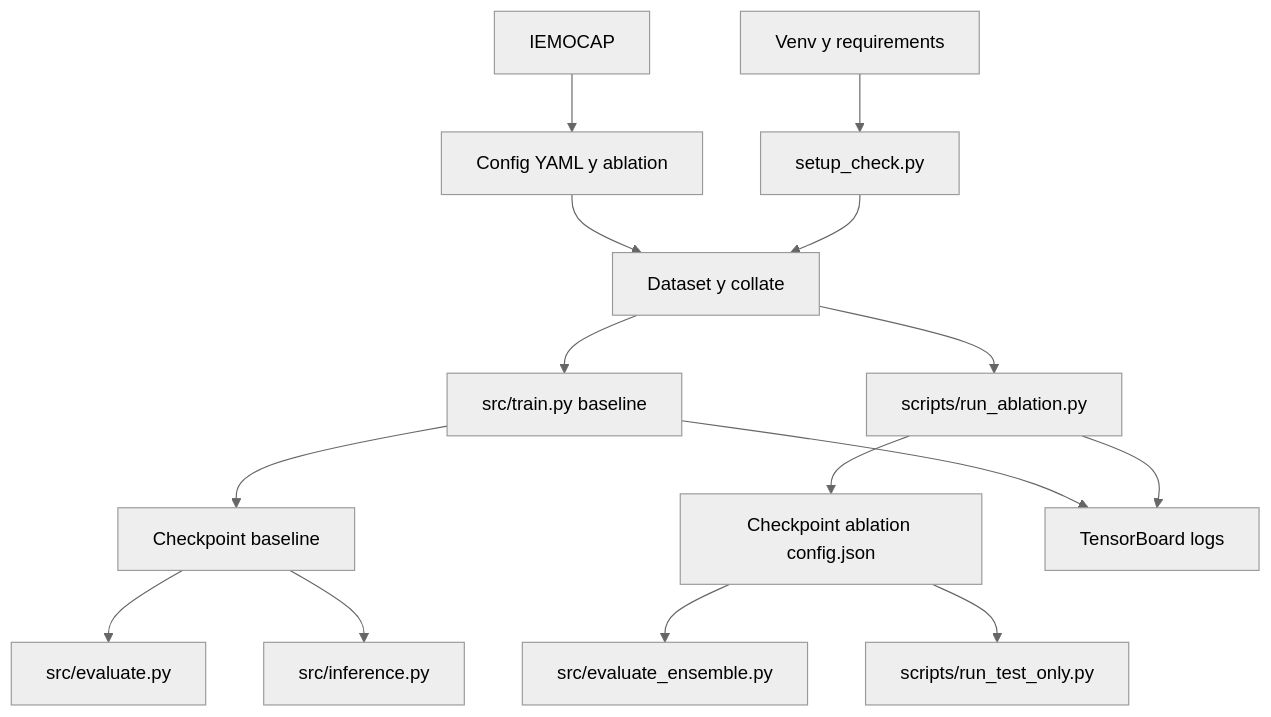
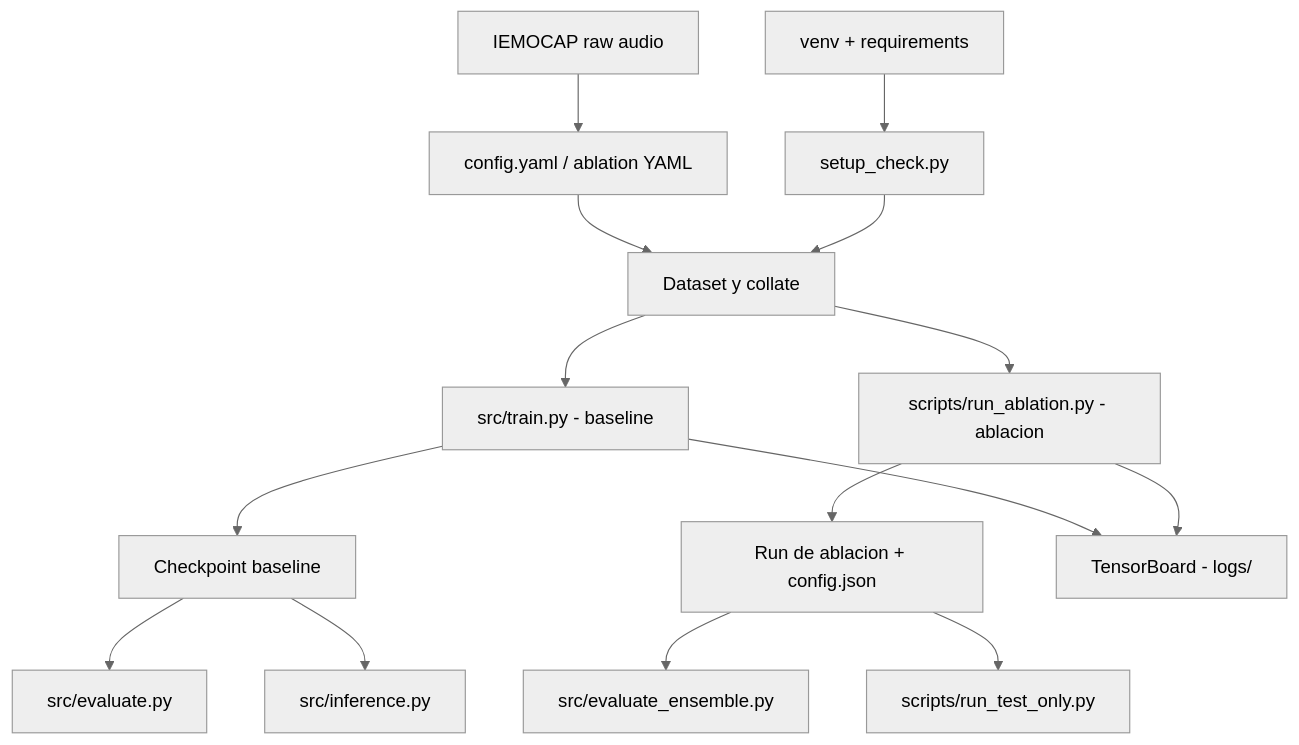
The diagram in quickstart.md (jorrin2018/CONFORMER-SER), drawn with Mermaid (neutral theme) before and after one commit. The commit also changed other lines of this file and 9335 other files, not shown here.

````diff
--- a/quickstart.md
+++ b/quickstart.md
@@ -7,32 +10,32 @@
 ```mermaid
 graph TB
-    IEM[IEMOCAP]
-    CFG[Config YAML y ablation]
+    IEM[IEMOCAP raw audio]
+    CFG[config.yaml / ablation YAML]
     LOAD[Dataset y collate]
-    VENV[Venv y requirements]
+    VENV[venv + requirements]
     SETUP[setup_check.py]
-    TRB[src/train.py baseline]
-    ABL[scripts/run_ablation.py]
+    TRB[src/train.py - baseline]
+    ABL[scripts/run_ablation.py - ablacion]
     CK1[Checkpoint baseline]
-    CK2[Checkpoint ablation config.json]
+    CK2[Run de ablacion + config.json]
     EV1[src/evaluate.py]
     EV2[src/evaluate_ensemble.py]
     TST[scripts/run_test_only.py]
     INF[src/inference.py]
-    TB[TensorBoard logs]
+    TB[TensorBoard - logs/]
 
     IEM --> CFG
     CFG --> LOAD
     VENV --> SETUP
     SETUP --> LOAD
     LOAD --> TRB
     LOAD --> ABL
     TRB --> CK1
     ABL --> CK2
     CK1 --> EV1
     CK1 --> INF
     CK2 --> EV2
     CK2 --> TST
     TRB --> TB
     ABL --> TB
 ```
````
